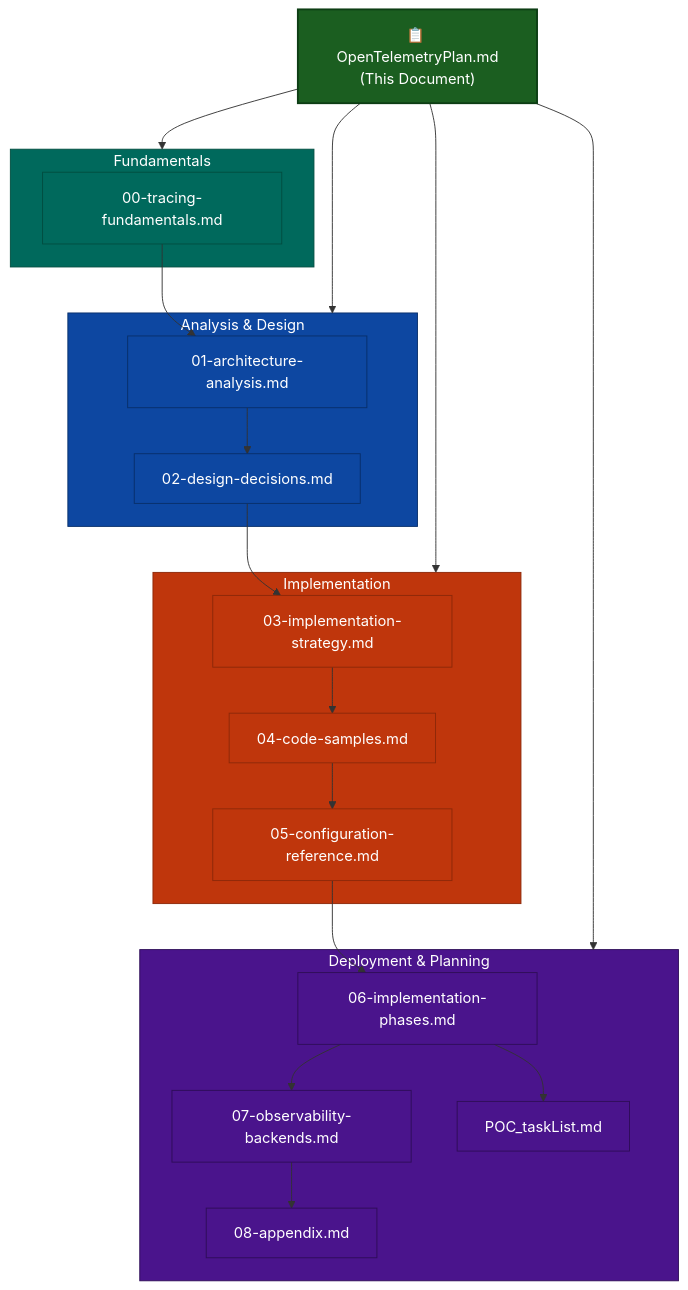
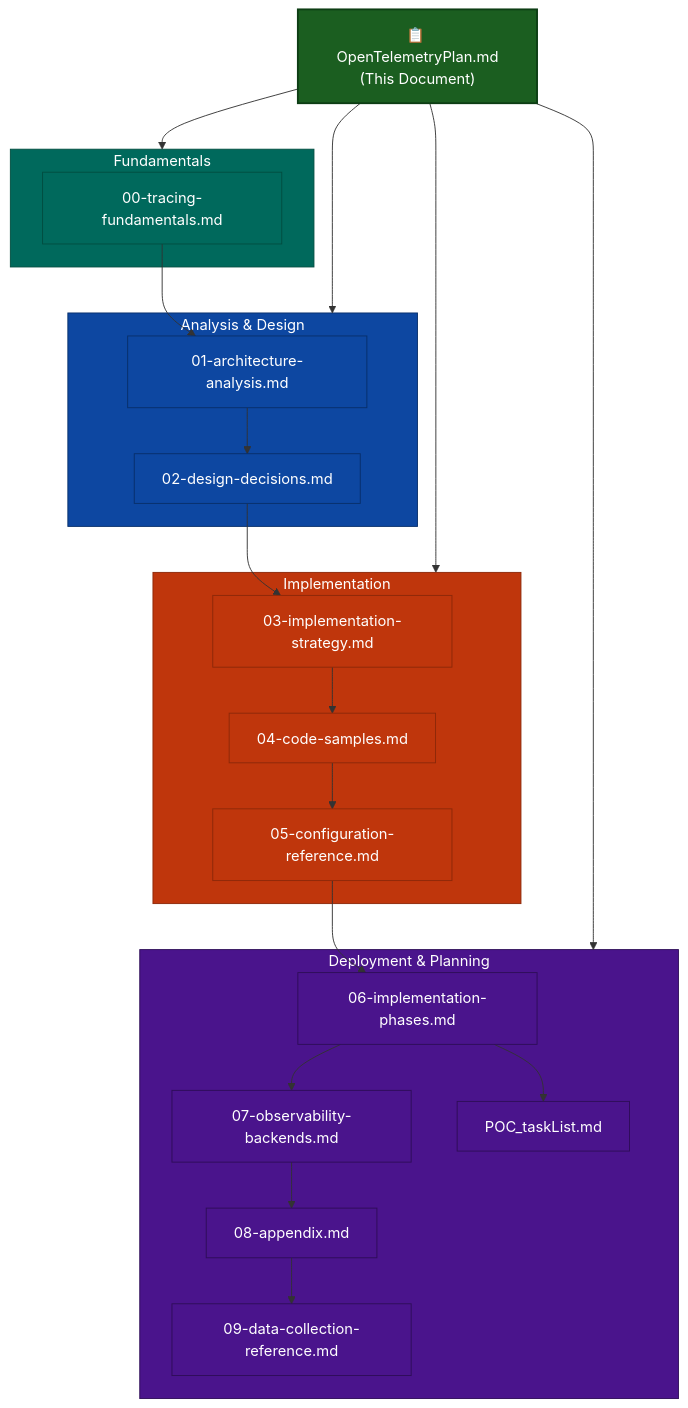
One commit to XRPLF/rippled changed the diagram in OpenTelemetryPlan/OpenTelemetryPlan.md. Above: the diagram before and after it, drawn with Mermaid. The commit also changed other lines of this file and 16 other files, not shown here.

````diff
--- a/OpenTelemetryPlan/OpenTelemetryPlan.md
+++ b/OpenTelemetryPlan/OpenTelemetryPlan.md
@@ -34,57 +34,60 @@
 ```mermaid
 flowchart TB
     overview["📋 OpenTelemetryPlan.md<br/>(This Document)"]
 
     subgraph fundamentals["Fundamentals"]
         fund["00-tracing-fundamentals.md"]
     end
 
     subgraph analysis["Analysis & Design"]
         arch["01-architecture-analysis.md"]
         design["02-design-decisions.md"]
     end
 
     subgraph impl["Implementation"]
         strategy["03-implementation-strategy.md"]
         code["04-code-samples.md"]
         config["05-configuration-reference.md"]
     end
 
     subgraph deploy["Deployment & Planning"]
         phases["06-implementation-phases.md"]
         backends["07-observability-backends.md"]
         appendix["08-appendix.md"]
         poc["POC_taskList.md"]
+        dataref["09-data-collection-reference.md"]
     end
 
     overview --> fundamentals
     overview --> analysis
     overview --> impl
     overview --> deploy
 
     fund --> arch
     arch --> design
     design --> strategy
     strategy --> code
     code --> config
     config --> phases
     phases --> backends
     backends --> appendix
     phases --> poc
+    appendix --> dataref
 
     style overview fill:#1b5e20,stroke:#0d3d14,color:#fff,stroke-width:2px
     style fundamentals fill:#00695c,stroke:#004d40,color:#fff
     style fund fill:#00695c,stroke:#004d40,color:#fff
     style analysis fill:#0d47a1,stroke:#082f6a,color:#fff
     style impl fill:#bf360c,stroke:#8c2809,color:#fff
     style deploy fill:#4a148c,stroke:#2e0d57,color:#fff
     style arch fill:#0d47a1,stroke:#082f6a,color:#fff
     style design fill:#0d47a1,stroke:#082f6a,color:#fff
     style strategy fill:#bf360c,stroke:#8c2809,color:#fff
     style code fill:#bf360c,stroke:#8c2809,color:#fff
     style config fill:#bf360c,stroke:#8c2809,color:#fff
     style phases fill:#4a148c,stroke:#2e0d57,color:#fff
     style backends fill:#4a148c,stroke:#2e0d57,color:#fff
     style appendix fill:#4a148c,stroke:#2e0d57,color:#fff
     style poc fill:#4a148c,stroke:#2e0d57,color:#fff
+    style dataref fill:#4a148c,stroke:#2e0d57,color:#fff
 ```
````
